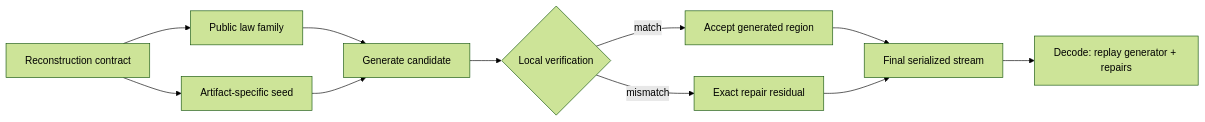
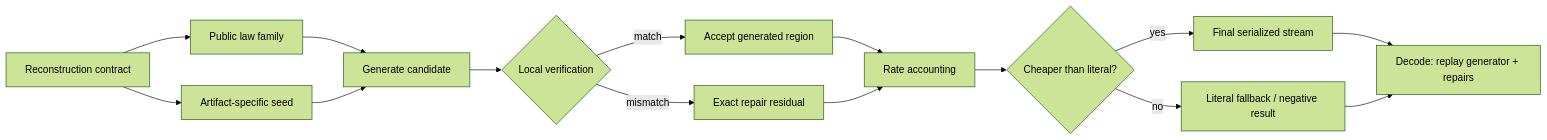
The diagram in chapters/generate-verify-repair-compression.qmd (corbensorenson/asi-stack-book), drawn with Mermaid (forest theme) before and after one commit. The commit also changed other lines of this file and 3 other files, not shown here.

````diff
--- a/chapters/generate-verify-repair-compression.qmd
+++ b/chapters/generate-verify-repair-compression.qmd
@@ -82,13 +82,17 @@
 ```{mermaid}
 flowchart LR
   A["Reconstruction contract"] --> B["Public law family"]
   A --> C["Artifact-specific seed"]
   B --> D["Generate candidate"]
   C --> D
   D --> E{"Local verification"}
   E -- "match" --> F["Accept generated region"]
   E -- "mismatch" --> G["Exact repair residual"]
-  F --> H["Final serialized stream"]
+  F --> H["Rate accounting"]
   G --> H
-  H --> I["Decode: replay generator + repairs"]
+  H --> I{"Cheaper than literal?"}
+  I -- "yes" --> J["Final serialized stream"]
+  I -- "no" --> K["Literal fallback / negative result"]
+  J --> L["Decode: replay generator + repairs"]
+  K --> L
 ```
````
